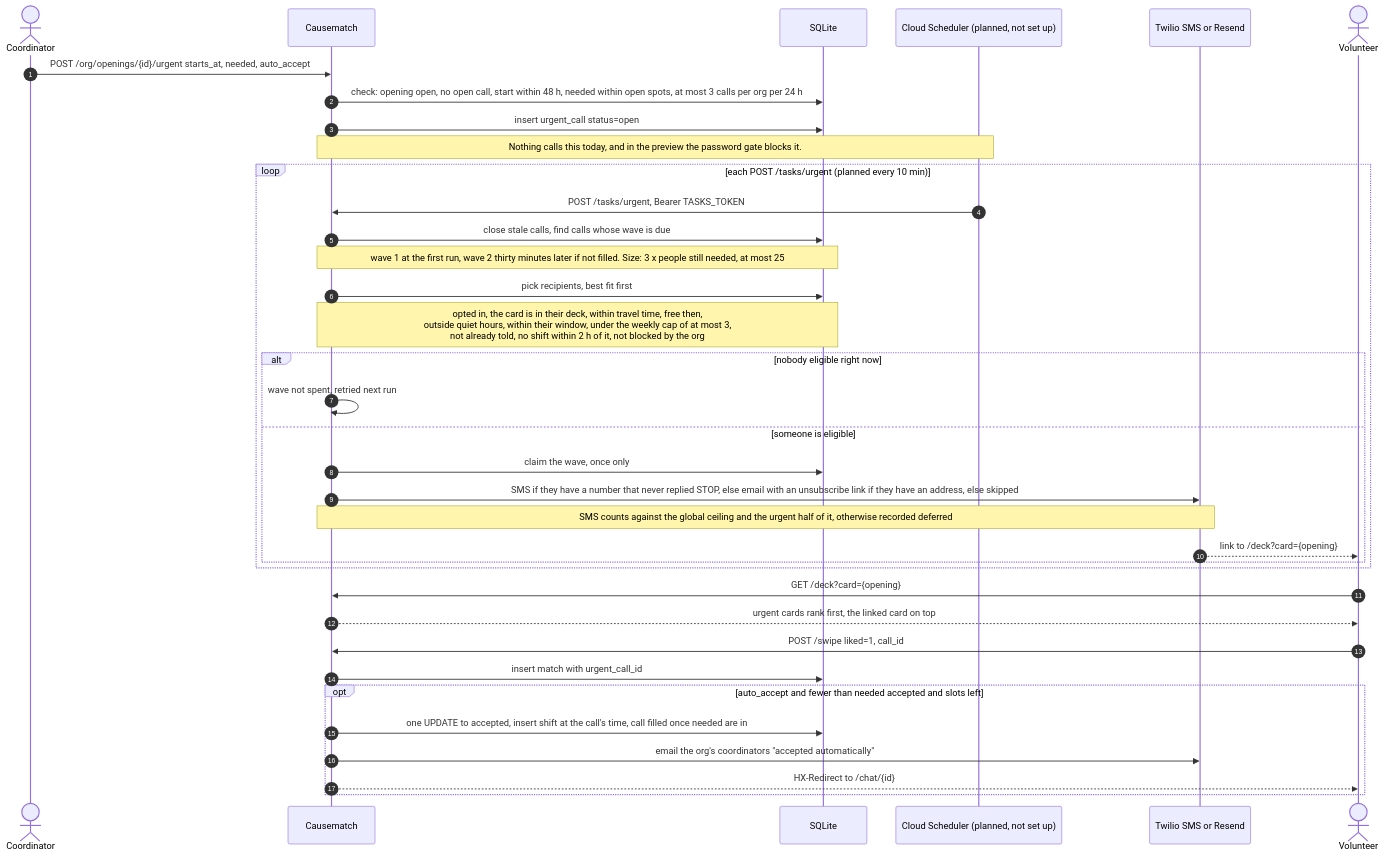
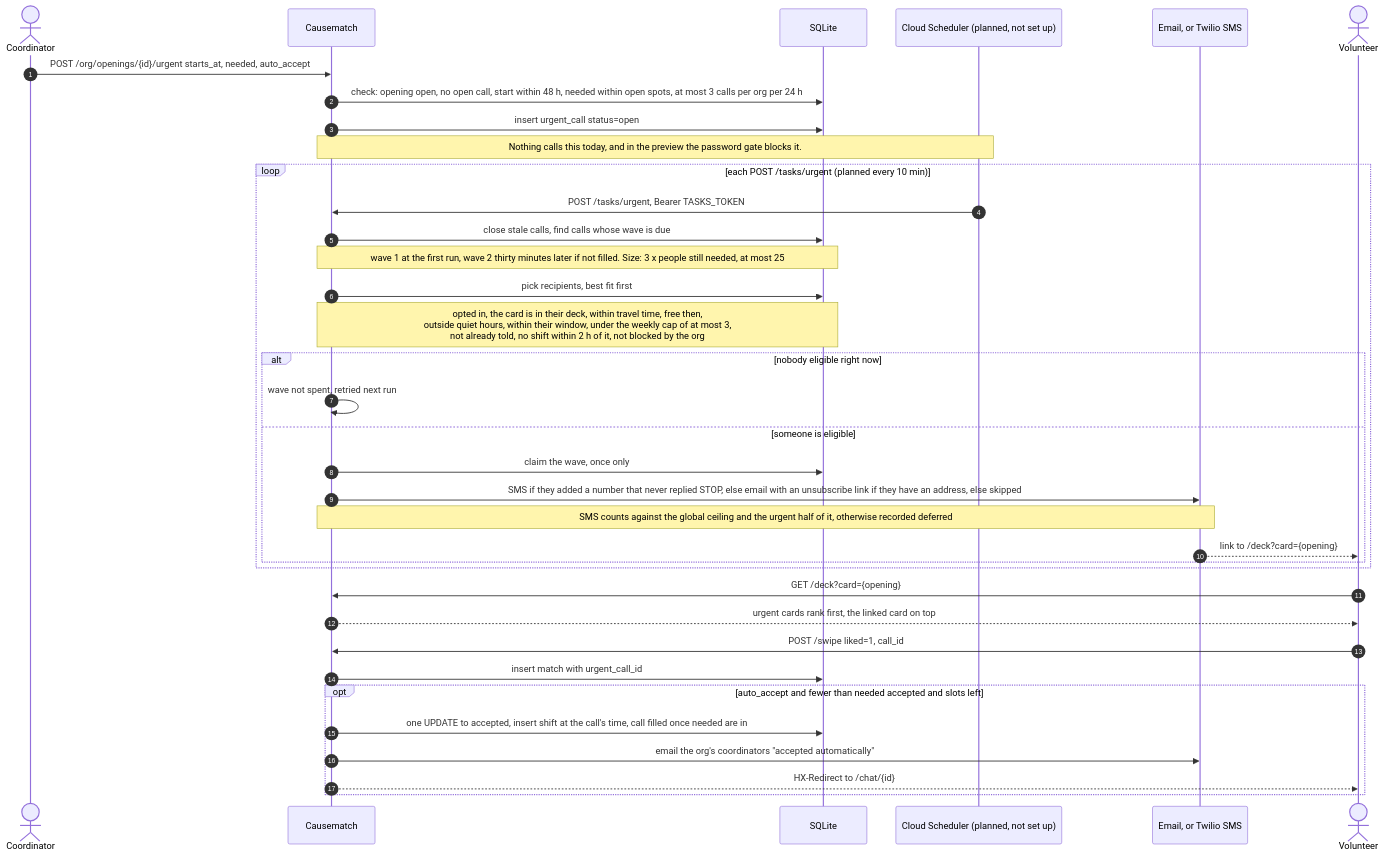
Before and after one commit to slegroux/causematch: diagram 19 of 26 in docs/ARCHITECTURE.md, drawn with Mermaid. The commit also changed other lines of this file, not shown here.

First line of the commit message:
Architecture doc: a C4 tour on top, the reference below, up to date with main through #40 (#21)

````diff
--- a/docs/ARCHITECTURE.md
+++ b/docs/ARCHITECTURE.md
@@ -635,39 +1120,39 @@
 ```mermaid
 sequenceDiagram
     autonumber
     actor C as Coordinator
     participant A as Causematch
     participant DB as SQLite
     participant S as Cloud Scheduler (planned, not set up)
-    participant T as Twilio SMS or Resend
+    participant T as Email, or Twilio SMS
     actor V as Volunteer
 
     C->>A: POST /org/openings/{id}/urgent starts_at, needed, auto_accept
     A->>DB: check: opening open, no open call, start within 48 h, needed within open spots, at most 3 calls per org per 24 h
     A->>DB: insert urgent_call status=open
     Note over S,A: Nothing calls this today, and in the preview the password gate blocks it.
     loop each POST /tasks/urgent (planned every 10 min)
         S->>A: POST /tasks/urgent, Bearer TASKS_TOKEN
         A->>DB: close stale calls, find calls whose wave is due
         Note over A,DB: wave 1 at the first run, wave 2 thirty minutes later if not filled. Size: 3 x people still needed, at most 25
         A->>DB: pick recipients, best fit first
         Note over A,DB: opted in, the card is in their deck, within travel time, free then,<br/>outside quiet hours, within their window, under the weekly cap of at most 3,<br/>not already told, no shift within 2 h of it, not blocked by the org
         alt nobody eligible right now
             A->>A: wave not spent, retried next run
         else someone is eligible
             A->>DB: claim the wave, once only
-            A->>T: SMS if they have a number that never replied STOP, else email with an unsubscribe link if they have an address, else skipped
+            A->>T: SMS if they added a number that never replied STOP, else email with an unsubscribe link if they have an address, else skipped
             Note over A,T: SMS counts against the global ceiling and the urgent half of it, otherwise recorded deferred
             T-->>V: link to /deck?card={opening}
         end
     end
     V->>A: GET /deck?card={opening}
     A-->>V: urgent cards rank first, the linked card on top
     V->>A: POST /swipe liked=1, call_id
     A->>DB: insert match with urgent_call_id
     opt auto_accept and fewer than needed accepted and slots left
         A->>DB: one UPDATE to accepted, insert shift at the call's time, call filled once needed are in
         A->>T: email the org's coordinators "accepted automatically"
         A-->>V: HX-Redirect to /chat/{id}
     end
 ```
````
